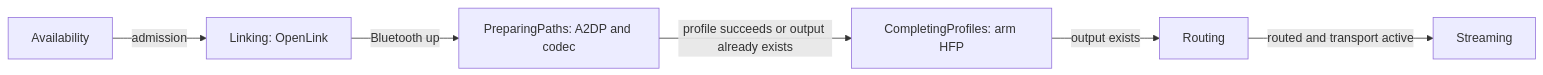
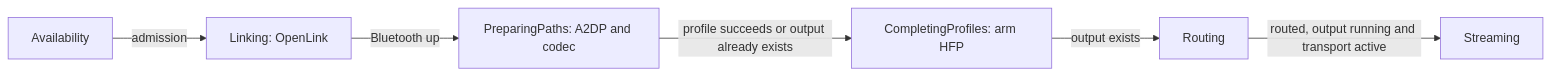
The diagram in docs/connection-lifecycle.md (DanMacDonald/fleetpods), drawn with Mermaid before and after one commit. The commit also changed other lines of this file and 18 other files, not shown here.

````diff
--- a/docs/connection-lifecycle.md
+++ b/docs/connection-lifecycle.md
@@ -8,8 +8,8 @@
 ```mermaid
 flowchart LR
     A[Availability] -->|admission| B[Linking: OpenLink]
     B -->|Bluetooth up| C[PreparingPaths: A2DP and codec]
     C -->|profile succeeds or output already exists| D[CompletingProfiles: arm HFP]
     D -->|output exists| E[Routing]
-    E -->|routed and transport active| F[Streaming]
+    E -->|routed, output running and transport active| F[Streaming]
 ```
````
